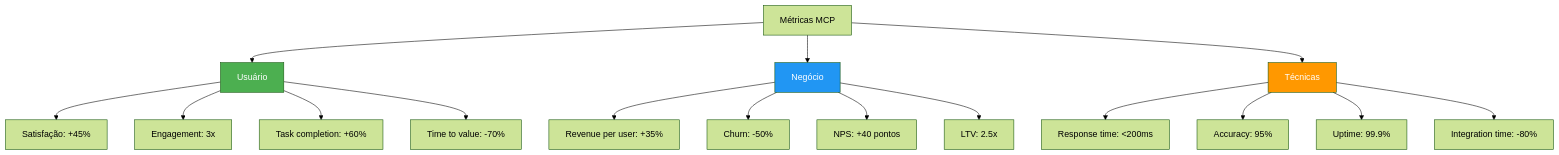
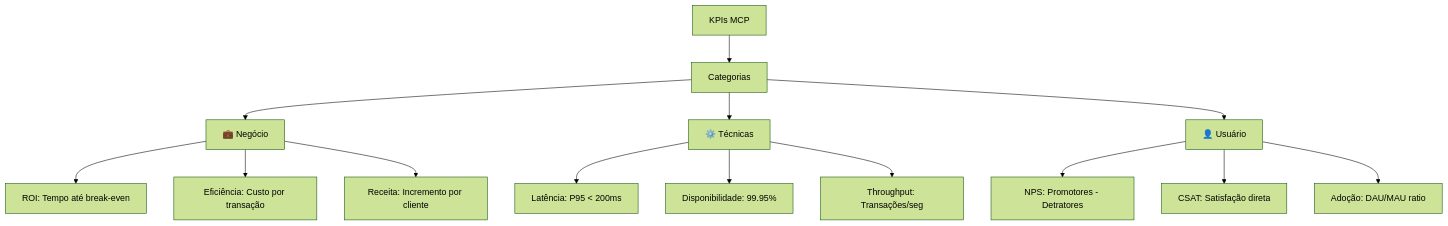
One commit to felipepimentel/my-public-notes changed diagram 19 of 25 in AI/Comunicação/MCP/00-mcp-presentation-product.md. Above: the diagram before and after it, drawn with Mermaid (forest theme). The commit also changed other lines of this file, not shown here.

````diff
--- a/AI/Comunicação/MCP/00-mcp-presentation-product.md
+++ b/AI/Comunicação/MCP/00-mcp-presentation-product.md
@@ -448,25 +490,20 @@
 ```mermaid
 graph TD
-    METRICS[Métricas MCP] --> USER[Usuário]
-    METRICS --> BUSINESS[Negócio]
-    METRICS --> TECH[Técnicas]
+    METRICS[KPIs MCP] --> CAT[Categorias]
     
-    USER --> U1[Satisfação: +45%]
-    USER --> U2[Engagement: 3x]
-    USER --> U3[Task completion: +60%]
-    USER --> U4[Time to value: -70%]
+    CAT --> BUS[💼 Negócio]
+    CAT --> TECH[⚙️ Técnicas]
+    CAT --> USER[👤 Usuário]
     
-    BUSINESS --> B1[Revenue per user: +35%]
-    BUSINESS --> B2[Churn: -50%]
-    BUSINESS --> B3[NPS: +40 pontos]
-    BUSINESS --> B4[LTV: 2.5x]
+    BUS --> B1[ROI: Tempo até break-even]
+    BUS --> B2[Eficiência: Custo por transação]
+    BUS --> B3[Receita: Incremento por cliente]
     
-    TECH --> T1[Response time: <200ms]
-    TECH --> T2[Accuracy: 95%]
-    TECH --> T3[Uptime: 99.9%]
-    TECH --> T4[Integration time: -80%]
+    TECH --> T1[Latência: P95 < 200ms]
+    TECH --> T2[Disponibilidade: 99.95%]
+    TECH --> T3[Throughput: Transações/seg]
     
-    style USER fill:#4CAF50,color:#fff
-    style BUSINESS fill:#2196F3,color:#fff
-    style TECH fill:#ff9800,color:#fff
+    USER --> U1[NPS: Promotores - Detratores]
+    USER --> U2[CSAT: Satisfação direta]
+    USER --> U3[Adoção: DAU/MAU ratio]
 ```
````
